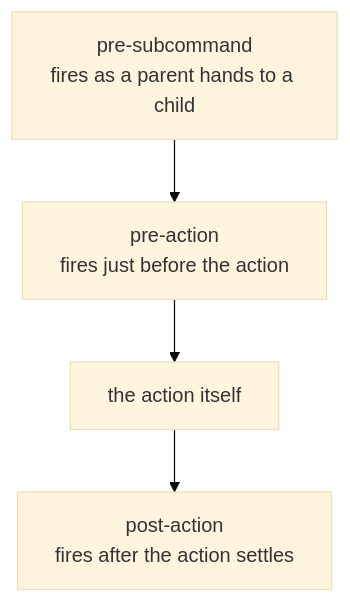
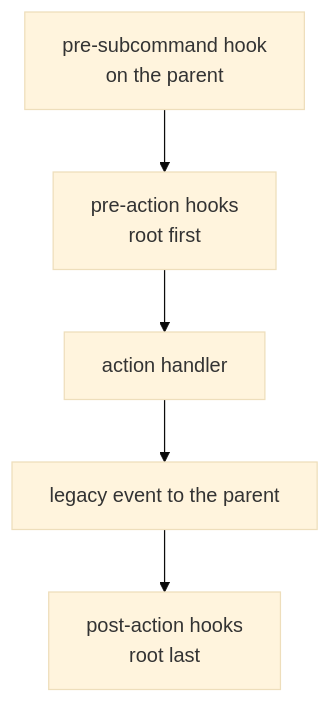
One commit to KeunwooPark/cluedoc changed the second of 3 diagrams in docs/examples/commander/.cluedoc/command-model/action-lifecycle/README.md. Above: the diagram before and after it, drawn with Mermaid (base theme). The commit also changed other lines of this file and 22 other files, not shown here.

````diff
--- a/docs/examples/commander/.cluedoc/command-model/action-lifecycle/README.md
+++ b/docs/examples/commander/.cluedoc/command-model/action-lifecycle/README.md
@@ -43,6 +61,7 @@
 ```mermaid
 flowchart TD
-    PRE_SUB["pre-subcommand<br/>fires as a parent hands to a child"] --> PRE_ACT["pre-action<br/>fires just before the action"]
-    PRE_ACT --> ACT["the action itself"]
-    ACT --> POST["post-action<br/>fires after the action settles"]
+    PRE_SUB["pre-subcommand hook<br/>on the parent"] --> PRE_ACT["pre-action hooks<br/>root first"]
+    PRE_ACT --> ACT["action handler"]
+    ACT --> LEG["legacy event to the parent"]
+    LEG --> POST["post-action hooks<br/>root last"]
 ```
````
